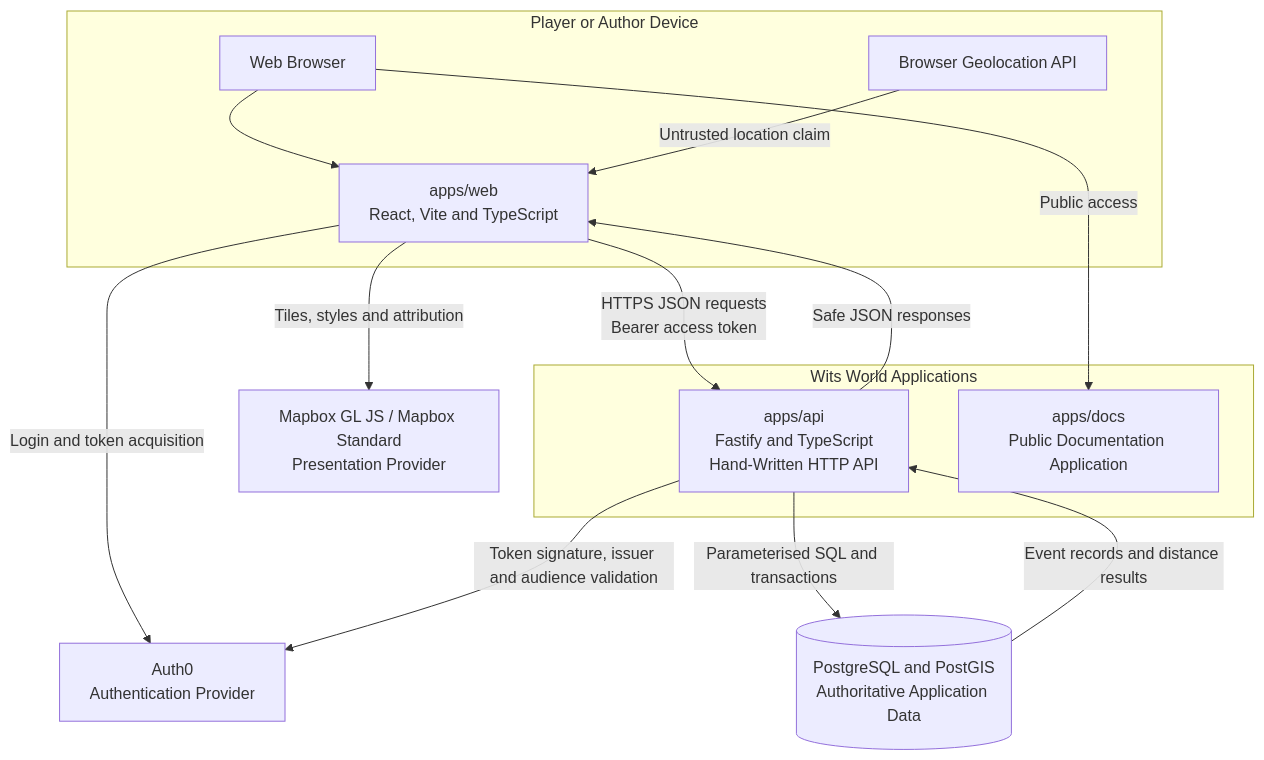
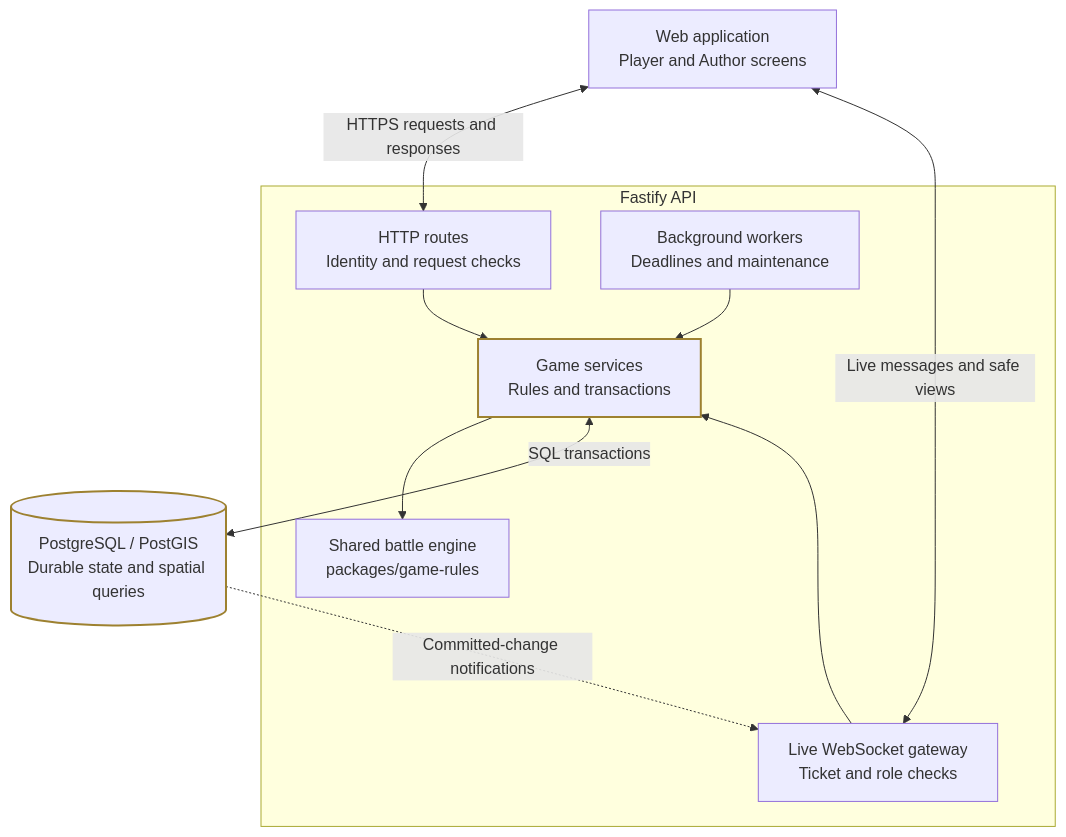
The diagram in docs/architecture/diagrams/application-containers.md (Gradient-Ascenders/Wits-World), drawn with Mermaid before and after one commit. The commit also changed other lines of this file and 28 other files, not shown here.

First line of the commit message:
[docs] refresh setup and architecture guides and diagrams

````diff
--- a/docs/architecture/diagrams/application-containers.md
+++ b/docs/architecture/diagrams/application-containers.md
@@ -12,35 +13,29 @@
 ```mermaid
 flowchart TB
-    accTitle: Frontend, API and database responsibilities
-    accDescr: The browser sends authenticated requests to Fastify. Only the API accesses PostgreSQL and PostGIS. Authentication, maps and documentation are separate integrations.
-    subgraph Device["Player or Author Device"]
-        Browser["Web Browser"]
-        Geo["Browser Geolocation API"]
-        Web["apps/web<br/>React, Vite and TypeScript"]
+    accTitle: How the Web, API and database work together
+    accDescr: The Web sends HTTP requests and live WebSocket messages to Fastify. Both transports reach game services, which use shared battle rules and PostgreSQL transactions. Background workers process due work. PostgreSQL notifications prompt live connections to reload committed state.
 
-        Browser --> Web
-        Geo -->|"Untrusted location claim"| Web
+    Web["Web application<br/>Player and Author screens"]
+
+    subgraph API["Fastify API"]
+        HTTP["HTTP routes<br/>Identity and request checks"]
+        Live["Live WebSocket gateway<br/>Ticket and role checks"]
+        Services["Game services<br/>Rules and transactions"]
+        Engine["Shared battle engine<br/>packages/game-rules"]
+        Workers["Background workers<br/>Deadlines and maintenance"]
     end
 
-    subgraph Applications["Wits World Applications"]
-        API["apps/api<br/>Fastify and TypeScript<br/>Hand-Written HTTP API"]
-        Docs["apps/docs<br/>Public Documentation Application"]
-    end
+    DB[("PostgreSQL / PostGIS<br/>Durable state and spatial queries")]
 
-    DB[("PostgreSQL and PostGIS<br/>Authoritative Application Data")]
-    Auth["Auth0<br/>Authentication Provider"]
-    Map["Mapbox GL JS / Mapbox Standard<br/>Presentation Provider"]
+    Web <-->|"HTTPS requests and responses"| HTTP
+    Web <-->|"Live messages and safe views"| Live
+    HTTP --> Services
+    Live --> Services
+    Workers --> Services
+    Services --> Engine
+    Services <-->|"SQL transactions"| DB
+    DB -.->|"Committed-change notifications"| Live
 
-    Web -->|"HTTPS JSON requests<br/>Bearer access token"| API
-    API -->|"Safe JSON responses"| Web
-
-    Web -->|"Login and token acquisition"| Auth
-    API -->|"Token signature, issuer and audience validation"| Auth
-
-    API -->|"Parameterised SQL and transactions"| DB
-    DB -->|"Event records and distance results"| API
-
-    Web -->|"Tiles, styles and attribution"| Map
-
-    Browser -->|"Public access"| Docs
+    classDef authority stroke:#9d8130,stroke-width:2px;
+    class Services,DB authority;
 ```
````
